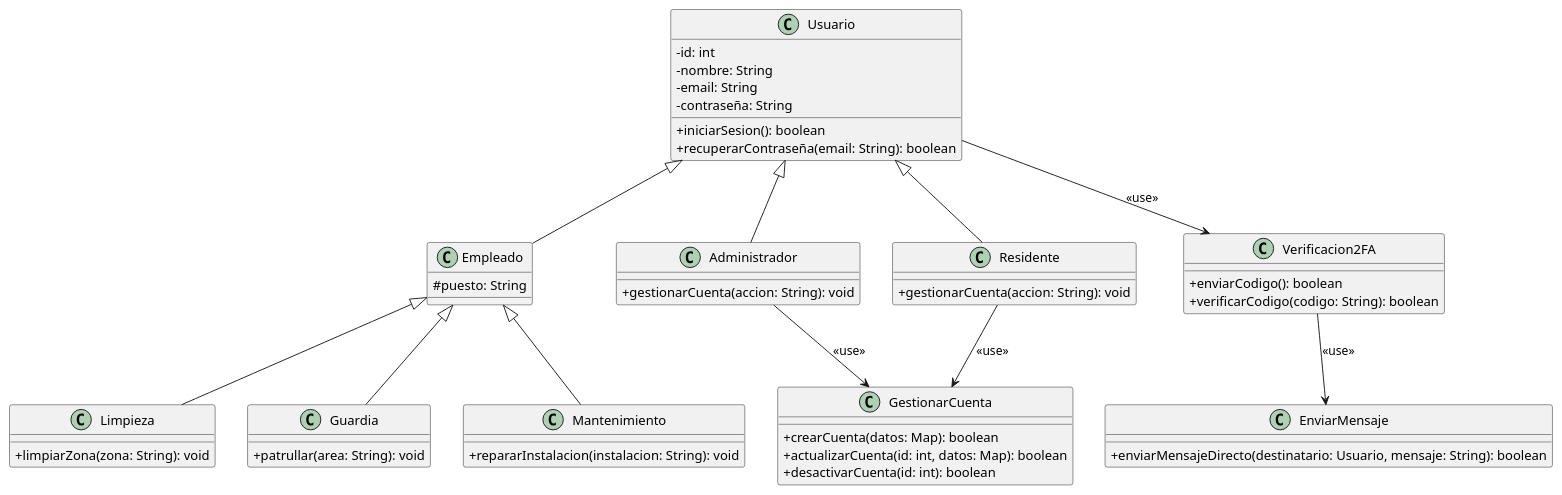
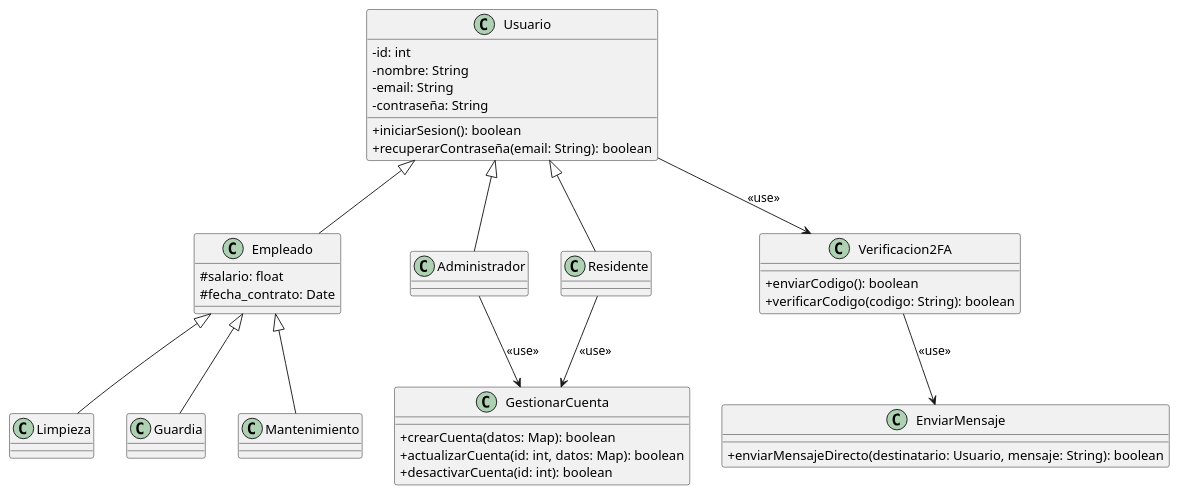
One commit to richardriverag/ProyectoDiseno24B changed the diagram in Diagramas/Diagramas de Clases/GrupoB_Usuarios/DiagramaDeClases.puml. Above: the diagram before and after it, drawn with PlantUML. The commit also changed 1 other file, not shown here.

Commit message:
Modify(Usuarios): Usecase and add DiagramaDeClases.png

```diff
--- a/Diagramas/Diagramas de Clases/GrupoB_Usuarios/DiagramaDeClases.puml
+++ b/Diagramas/Diagramas de Clases/GrupoB_Usuarios/DiagramaDeClases.puml
@@ -1,68 +1,63 @@
-@startuml 
+@startuml
 skinparam classAttributeIconSize 0
 
 ' Clases principales
 class Usuario {
     - id: int
     - nombre: String
     - email: String
     - contraseña: String
     + iniciarSesion(): boolean
     + recuperarContraseña(email: String): boolean
 }
 
 class Empleado {
-    # puesto: String
+    # salario: float
+    # fecha_contrato: Date
 }
 
-class Administrador {
-    + gestionarCuenta(accion: String): void
+class Administrador {    
 }
 
 class Residente {
-    + gestionarCuenta(accion: String): void
 }
 
 class Limpieza {
-    + limpiarZona(zona: String): void
 }
 
 class Guardia {
-    + patrullar(area: String): void
 }
 
 class Mantenimiento {
-    + repararInstalacion(instalacion: String): void
 }
 
 ' Relación de herencia
 Usuario <|-- Empleado
 Usuario <|-- Administrador
 Usuario <|-- Residente
 Empleado <|-- Limpieza
 Empleado <|-- Mantenimiento
 Empleado <|-- Guardia
 
 ' Clases adicionales para gestión de cuentas
 class Verificacion2FA {
     + enviarCodigo(): boolean
     + verificarCodigo(codigo: String): boolean
 }
 
 class GestionarCuenta {
     + crearCuenta(datos: Map): boolean
     + actualizarCuenta(id: int, datos: Map): boolean
     + desactivarCuenta(id: int): boolean
 }
 
 class EnviarMensaje {
     + enviarMensajeDirecto(destinatario: Usuario, mensaje: String): boolean
 }
 
 ' Relaciones entre clases
 Usuario --> Verificacion2FA : "<<use>>"
 Administrador --> GestionarCuenta : "<<use>>"
 Residente --> GestionarCuenta : "<<use>>"
 Verificacion2FA --> EnviarMensaje : "<<use>>"
-
 @enduml
```
